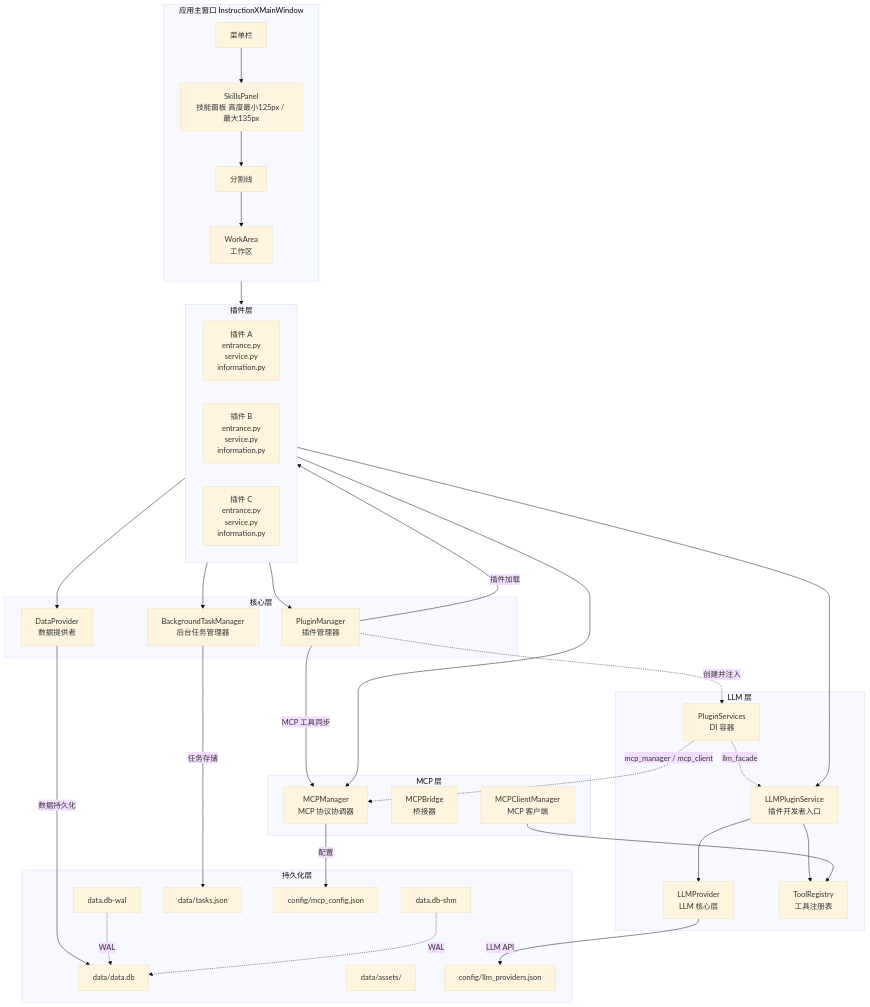
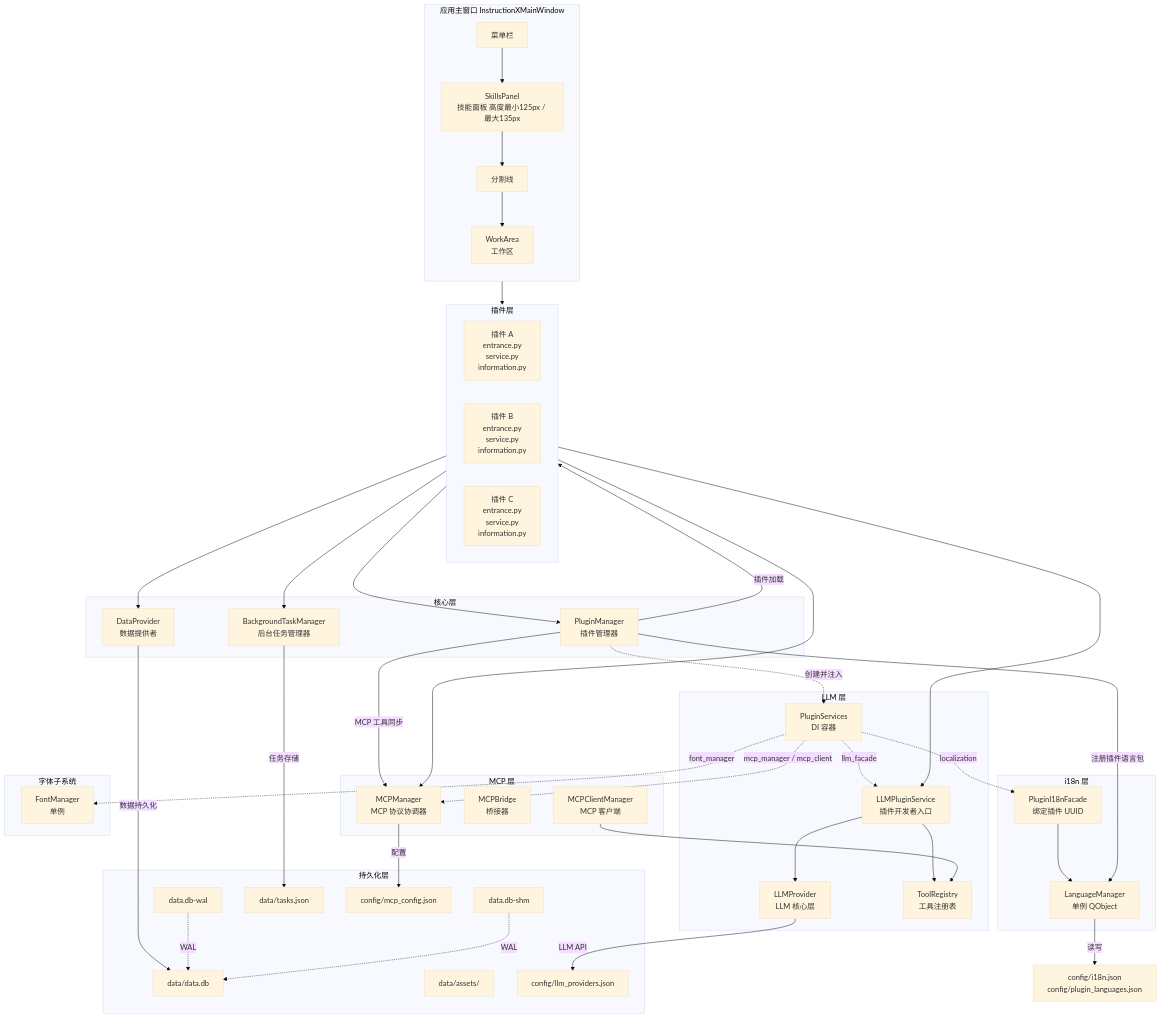
The first of 4 diagrams in docs/architecture/overview.md (KKPIP-Tech/InstructionX), drawn with Mermaid (base theme) before and after one commit. The commit also changed other lines of this file and 26 other files, not shown here.

````diff
--- a/docs/architecture/overview.md
+++ b/docs/architecture/overview.md
@@ -24,65 +24,79 @@
 ```mermaid
 graph TB
     subgraph MainWindow ["应用主窗口 InstructionXMainWindow"]
         direction TB
         Menu[菜单栏] --> SP[SkillsPanel<br/>技能面板 高度最小125px / 最大135px]
         SP --> Divider[分割线]
         Divider --> WA[WorkArea<br/>工作区]
     end
 
     subgraph Plugins ["插件层"]
         PA[插件 A<br/>entrance.py<br/>service.py<br/>information.py]
         PB[插件 B<br/>entrance.py<br/>service.py<br/>information.py]
         PC[插件 C<br/>entrance.py<br/>service.py<br/>information.py]
     end
 
     subgraph Core ["核心层"]
         PM[PluginManager<br/>插件管理器]
         DP[DataProvider<br/>数据提供者]
         BTM[BackgroundTaskManager<br/>后台任务管理器]
     end
 
     subgraph MCP ["MCP 层"]
         MCPM[MCPManager<br/>MCP 协议协调器]
         MCPB[MCPBridge<br/>桥接器]
         MCPC[MCPClientManager<br/>MCP 客户端]
     end
 
     subgraph LLM ["LLM 层"]
         LLMS[LLMPluginService<br/>插件开发者入口]
         LLMP[LLMProvider<br/>LLM 核心层]
         PS[PluginServices<br/>DI 容器]
         TR[ToolRegistry<br/>工具注册表]
     end
 
+    subgraph I18N ["i18n 层"]
+        LMM[LanguageManager<br/>单例 QObject]
+        PIF[PluginI18nFacade<br/>绑定插件 UUID]
+    end
+
+    subgraph Font ["字体子系统"]
+        FM[FontManager<br/>单例]
+    end
+
     subgraph Storage ["持久化层"]
         DB[data/data.db]
         DBWAL[data.db-wal]
         DBSHM[data.db-shm]
         TasksJSON[data/tasks.json]
         Assets[data/assets/]
         LLMConfig[config/llm_providers.json]
         MCPConfig[config/mcp_config.json]
     end
 
     MainWindow --> Plugins
     Plugins --> PM
     Plugins --> DP
     Plugins --> BTM
     Plugins --> LLMS
     Plugins --> MCPM
     PM -.->|创建并注入| PS
     PS -.->|llm_facade| LLMS
     PS -.->|mcp_manager / mcp_client| MCPM
+    PS -.->|localization| PIF
+    PIF --> LMM
+    PS -.->|font_manager| FM
     LLMS --> LLMP
     LLMS --> TR
     MCPC --> TR
     LLMP -->|LLM API| LLMConfig
     PM -->|插件加载| Plugins
     PM -->|MCP 工具同步| MCPM
+    PM -->|注册插件语言包| LMM
     DP -->|数据持久化| DB
     DBWAL -.->|WAL| DB
     DBSHM -.->|WAL| DB
     BTM -->|任务存储| TasksJSON
     MCPM -->|配置| MCPConfig
+    LMM -->|读写| I18NCfg[config/i18n.json<br/>config/plugin_languages.json]
 ```
````
